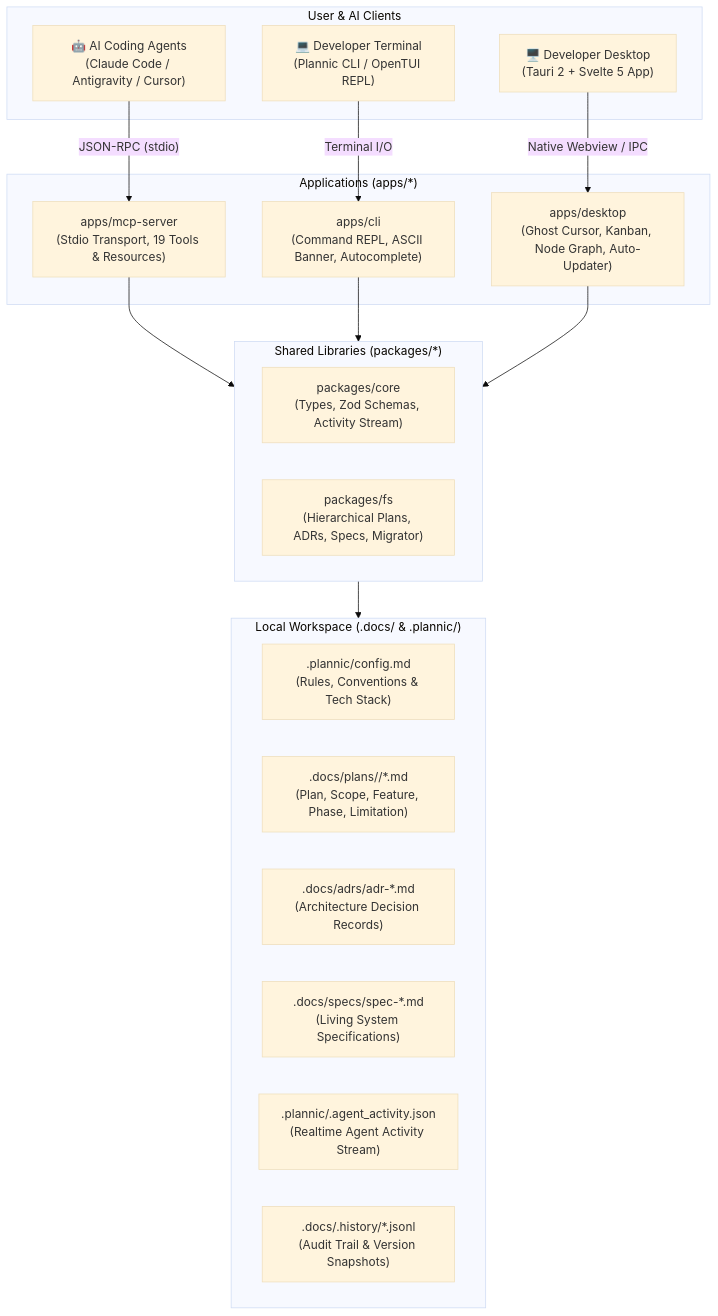
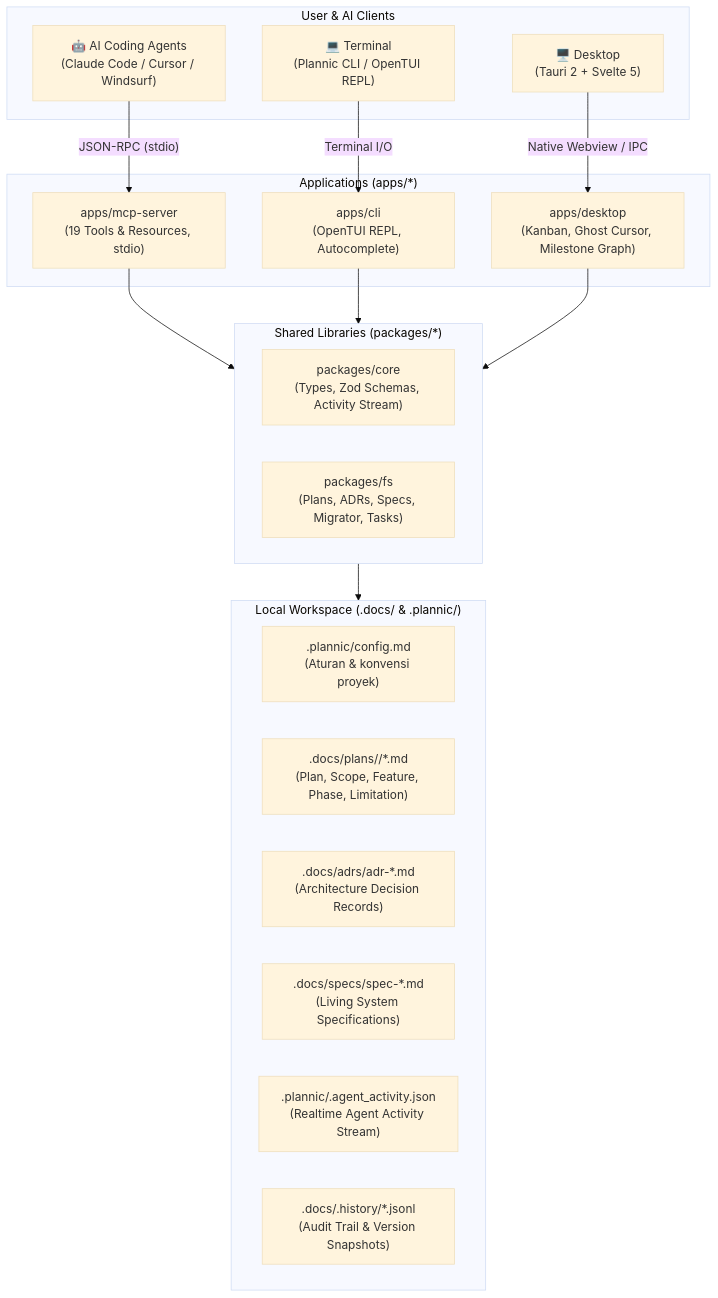
Before and after one commit to JustALearner101/Plannic: the first of 2 diagrams in README.id.md, drawn with Mermaid (base theme). The commit also changed other lines of this file and 77 other files, not shown here.

````diff
--- a/README.id.md
+++ b/README.id.md
@@ -76,38 +125,38 @@
 ```mermaid
 flowchart TD
     subgraph Clients["User & AI Clients"]
-        AI["🤖 AI Coding Agents\n(Claude Code / Antigravity / Cursor)"]
-        CLI["💻 Developer Terminal\n(Plannic CLI / OpenTUI REPL)"]
-        GUI["🖥️ Developer Desktop\n(Tauri 2 + Svelte 5 App)"]
+        AI["🤖 AI Coding Agents\n(Claude Code / Cursor / Windsurf)"]
+        CLI["💻 Terminal\n(Plannic CLI / OpenTUI REPL)"]
+        GUI["🖥️ Desktop\n(Tauri 2 + Svelte 5)"]
     end
 
     subgraph Apps["Applications (apps/*)"]
-        MCP["apps/mcp-server\n(Stdio Transport, 19 Tools & Resources)"]
-        CLIA["apps/cli\n(Command REPL, ASCII Banner, Autocomplete)"]
-        DESK["apps/desktop\n(Ghost Cursor, Kanban, Node Graph, Auto-Updater)"]
+        MCP["apps/mcp-server\n(19 Tools & Resources, stdio)"]
+        CLIA["apps/cli\n(OpenTUI REPL, Autocomplete)"]
+        DESK["apps/desktop\n(Kanban, Ghost Cursor, Milestone Graph)"]
     end
 
     subgraph Libs["Shared Libraries (packages/*)"]
         CORE["packages/core\n(Types, Zod Schemas, Activity Stream)"]
-        FS["packages/fs\n(Hierarchical Plans, ADRs, Specs, Migrator)"]
+        FS["packages/fs\n(Plans, ADRs, Specs, Migrator, Tasks)"]
     end
 
     subgraph Storage["Local Workspace (.docs/ & .plannic/)"]
-        CONFIG[".plannic/config.md\n(Rules, Conventions & Tech Stack)"]
+        CONFIG[".plannic/config.md\n(Aturan & konvensi proyek)"]
         DOCS[".docs/plans/<slug>/*.md\n(Plan, Scope, Feature, Phase, Limitation)"]
         ADRS[".docs/adrs/adr-*.md\n(Architecture Decision Records)"]
         SPECS[".docs/specs/spec-*.md\n(Living System Specifications)"]
         STREAM[".plannic/.agent_activity.json\n(Realtime Agent Activity Stream)"]
         HIST[".docs/.history/*.jsonl\n(Audit Trail & Version Snapshots)"]
     end
 
     AI -- "JSON-RPC (stdio)" --> MCP
     CLI -- "Terminal I/O" --> CLIA
     GUI -- "Native Webview / IPC" --> DESK
 
     MCP --> Libs
     CLIA --> Libs
     DESK --> Libs
 
     Libs --> Storage
 ```
````
